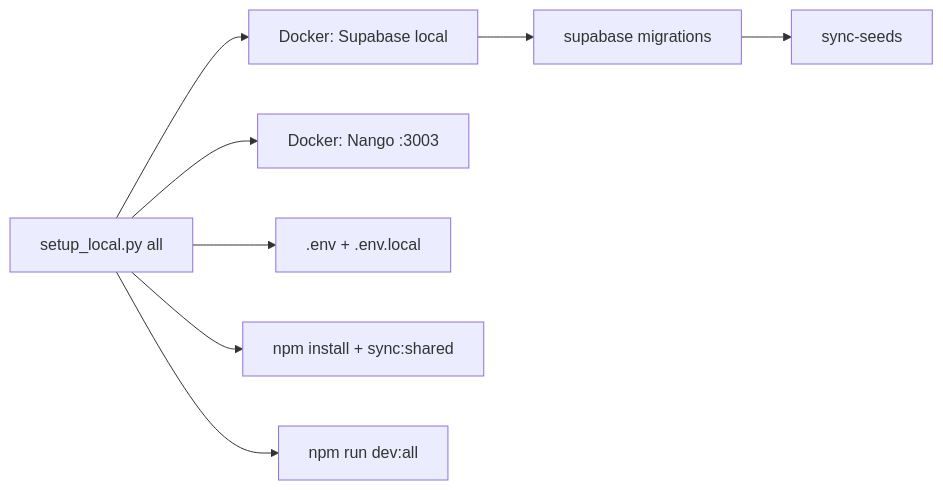
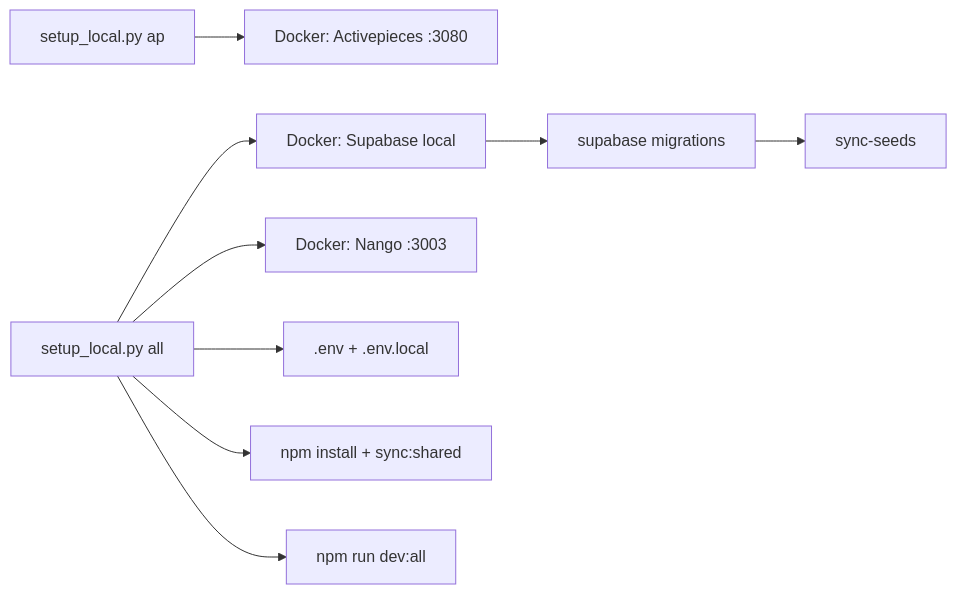
One commit to HenryRoutson/spine-ai changed the diagram in docs/local_deployment.md. Above: the diagram before and after it, drawn with Mermaid. The commit also changed other lines of this file and 36 other files, not shown here.

````diff
--- a/docs/local_deployment.md
+++ b/docs/local_deployment.md
@@ -94,19 +100,21 @@
 ```mermaid
 flowchart LR
   setup["setup_local.py all"]
   docker["Docker: Supabase local"]
   nango["Docker: Nango :3003"]
+  ap["Docker: Activepieces :3080"]
   env[".env + .env.local"]
   npm["npm install + sync:shared"]
   migrate["supabase migrations"]
   seeds["sync-seeds"]
   dev["npm run dev:all"]
 
   setup --> docker
   setup --> nango
+  apSetup["setup_local.py ap"] --> ap
   setup --> env
   setup --> npm
   docker --> migrate
   migrate --> seeds
   setup --> dev
 ```
````
